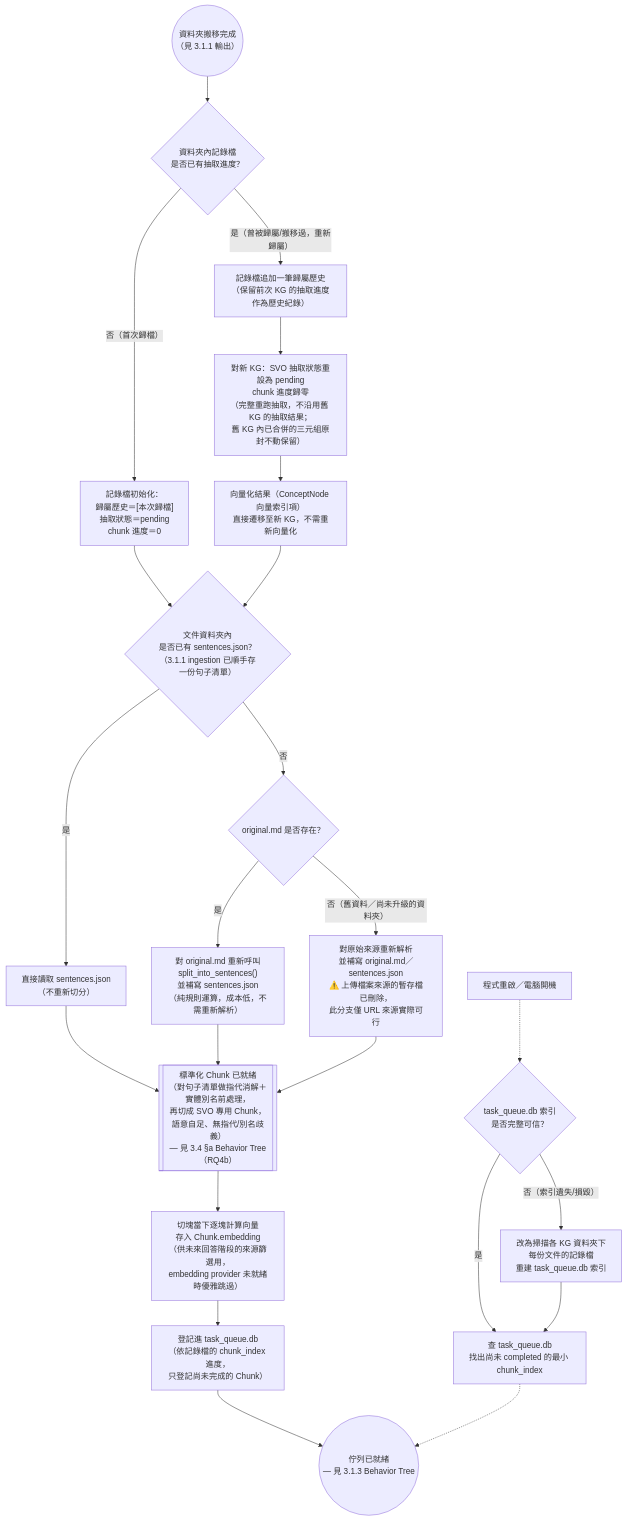
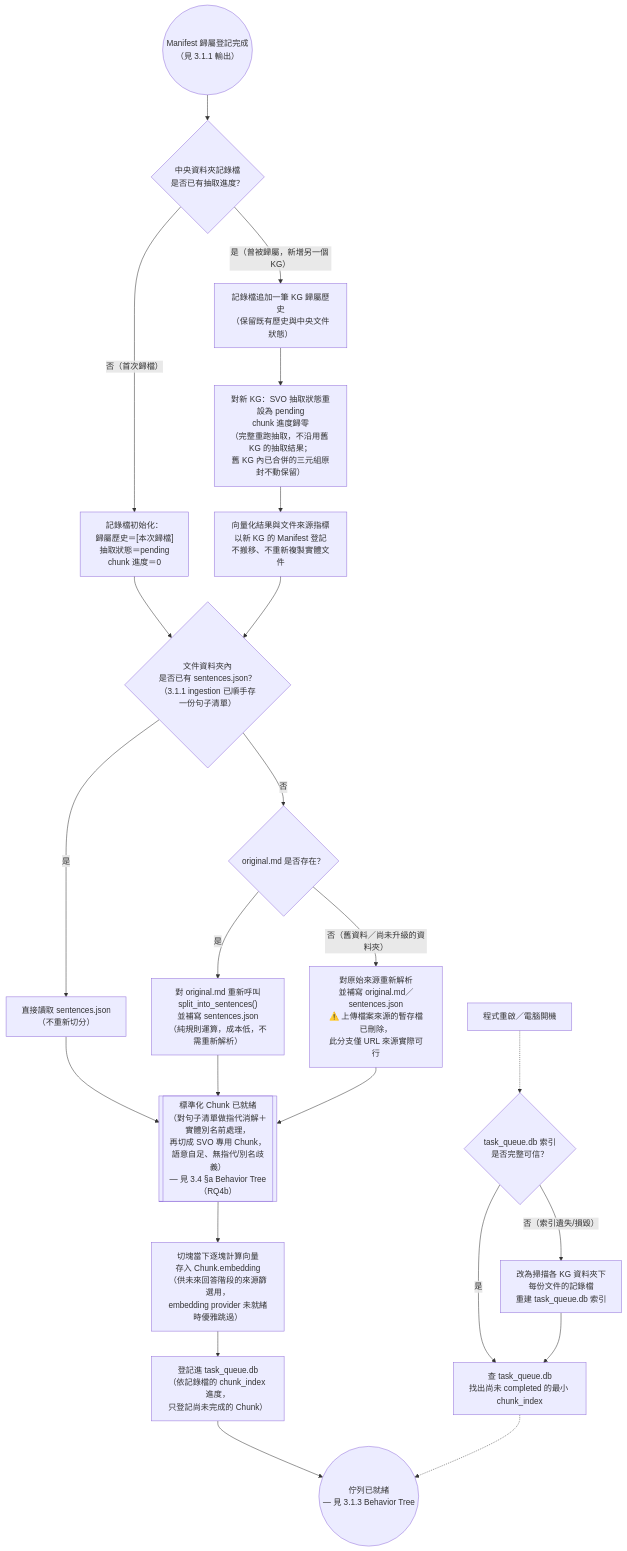
Before and after one commit to Chester930/world-knowledge-graph-rag: the fourth of 20 diagrams in docs/論文/03_系統設計與方法論.md, drawn with Mermaid. The commit also changed other lines of this file and 53 other files, not shown here.

````diff
--- a/docs/論文/03_系統設計與方法論.md
+++ b/docs/論文/03_系統設計與方法論.md
@@ -176,30 +184,30 @@
 ```mermaid
 flowchart TD
-    RECORD2(("資料夾搬移完成<br/>（見 3.1.1 輸出）")) --> HASRECORD{"資料夾內記錄檔<br/>是否已有抽取進度？"}
+    RECORD2(("Manifest 歸屬登記完成<br/>（見 3.1.1 輸出）")) --> HASRECORD{"中央資料夾記錄檔<br/>是否已有抽取進度？"}
     HASRECORD -->|"否（首次歸檔）"| INITREC["記錄檔初始化：<br/>歸屬歷史＝[本次歸檔]<br/>抽取狀態＝pending<br/>chunk 進度＝0"]
-    HASRECORD -->|"是（曾被歸屬/搬移過，重新歸屬）"| APPENDREC["記錄檔追加一筆歸屬歷史<br/>（保留前次 KG 的抽取進度作為歷史紀錄）"]
+    HASRECORD -->|"是（曾被歸屬，新增另一個 KG）"| APPENDREC["記錄檔追加一筆 KG 歸屬歷史<br/>（保留既有歷史與中央文件狀態）"]
     APPENDREC --> RESETEXTRACT["對新 KG：SVO 抽取狀態重設為 pending<br/>chunk 進度歸零<br/>（完整重跑抽取，不沿用舊 KG 的抽取結果；<br/>舊 KG 內已合併的三元組原封不動保留）"]
-    RESETEXTRACT --> MIGRATEVEC["向量化結果（ConceptNode 向量索引項）<br/>直接遷移至新 KG，不需重新向量化"]
+    RESETEXTRACT --> MIGRATEVEC["向量化結果與文件來源指標<br/>以新 KG 的 Manifest 登記<br/>不搬移、不重新複製實體文件"]
 
     INITREC --> GETSENT
     MIGRATEVEC --> GETSENT
 
     GETSENT{"文件資料夾內<br/>是否已有 sentences.json？<br/>（3.1.1 ingestion 已順手存一份句子清單）"}
     GETSENT -->|是| READSENT["直接讀取 sentences.json<br/>（不重新切分）"]
     GETSENT -->|否| CHECKORIG{"original.md 是否存在？"}
     CHECKORIG -->|是| RESPLIT["對 original.md 重新呼叫<br/>split_into_sentences()<br/>並補寫 sentences.json<br/>（純規則運算，成本低，不需重新解析）"]
     CHECKORIG -->|"否（舊資料／尚未升級的資料夾）"| REPARSE["對原始來源重新解析<br/>並補寫 original.md／sentences.json<br/>⚠️ 上傳檔案來源的暫存檔已刪除，<br/>此分支僅 URL 來源實際可行"]
     READSENT --> CHUNKREADY
     RESPLIT --> CHUNKREADY
     REPARSE --> CHUNKREADY
 
     CHUNKREADY[["標準化 Chunk 已就緒<br/>（對句子清單做指代消解＋實體別名前處理，<br/>再切成 SVO 專用 Chunk，語意自足、無指代/別名歧義）<br/>— 見 3.4 §a Behavior Tree（RQ4b）"]] --> EMBEDCHUNK["切塊當下逐塊計算向量<br/>存入 Chunk.embedding<br/>（供未來回答階段的來源篩選用，<br/>embedding provider 未就緒時優雅跳過）"]
     EMBEDCHUNK --> ENQUEUE["登記進 task_queue.db<br/>（依記錄檔的 chunk_index 進度，<br/>只登記尚未完成的 Chunk）"]
     ENQUEUE --> READY(("佇列已就緒<br/>— 見 3.1.3 Behavior Tree"))
 
     RESTART["程式重啟／電腦開機"] -.-> TRUST{"task_queue.db 索引<br/>是否完整可信？"}
     TRUST -->|是| SCAN["查 task_queue.db<br/>找出尚未 completed 的最小 chunk_index"]
     TRUST -->|"否（索引遺失/損毀）"| REBUILD["改為掃描各 KG 資料夾下<br/>每份文件的記錄檔<br/>重建 task_queue.db 索引"]
     REBUILD --> SCAN
     SCAN -.-> READY
 ```
````
